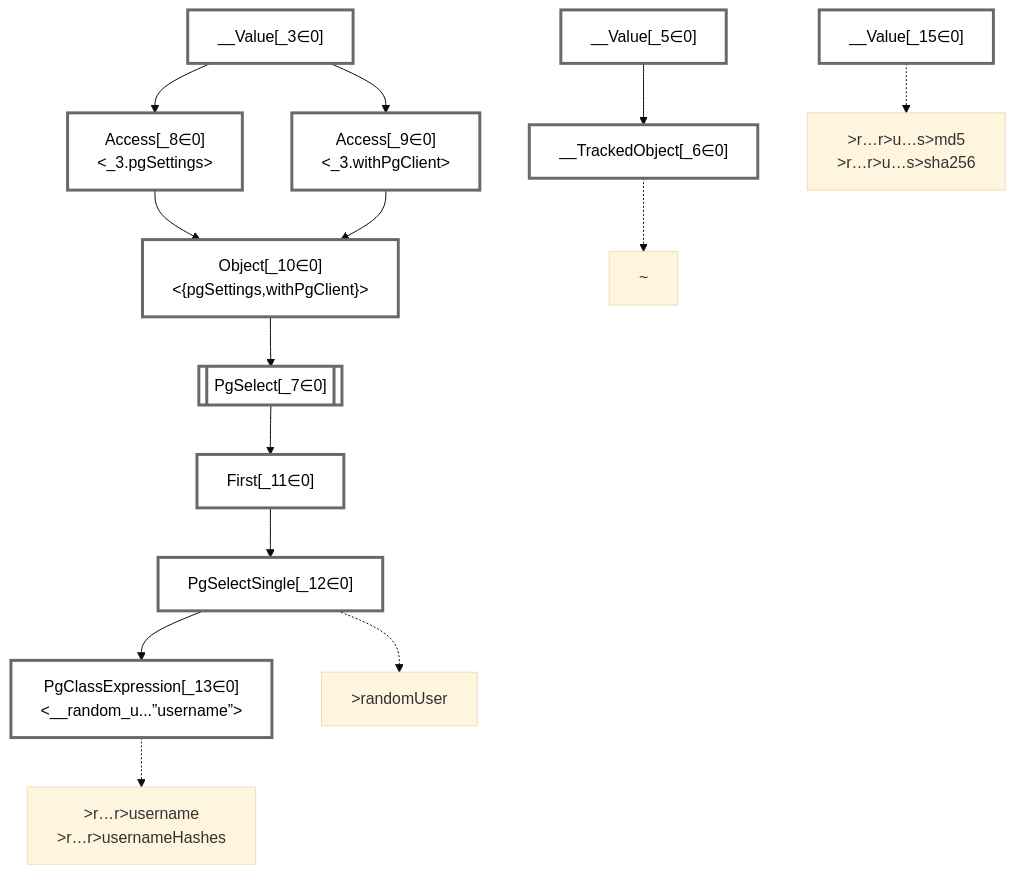
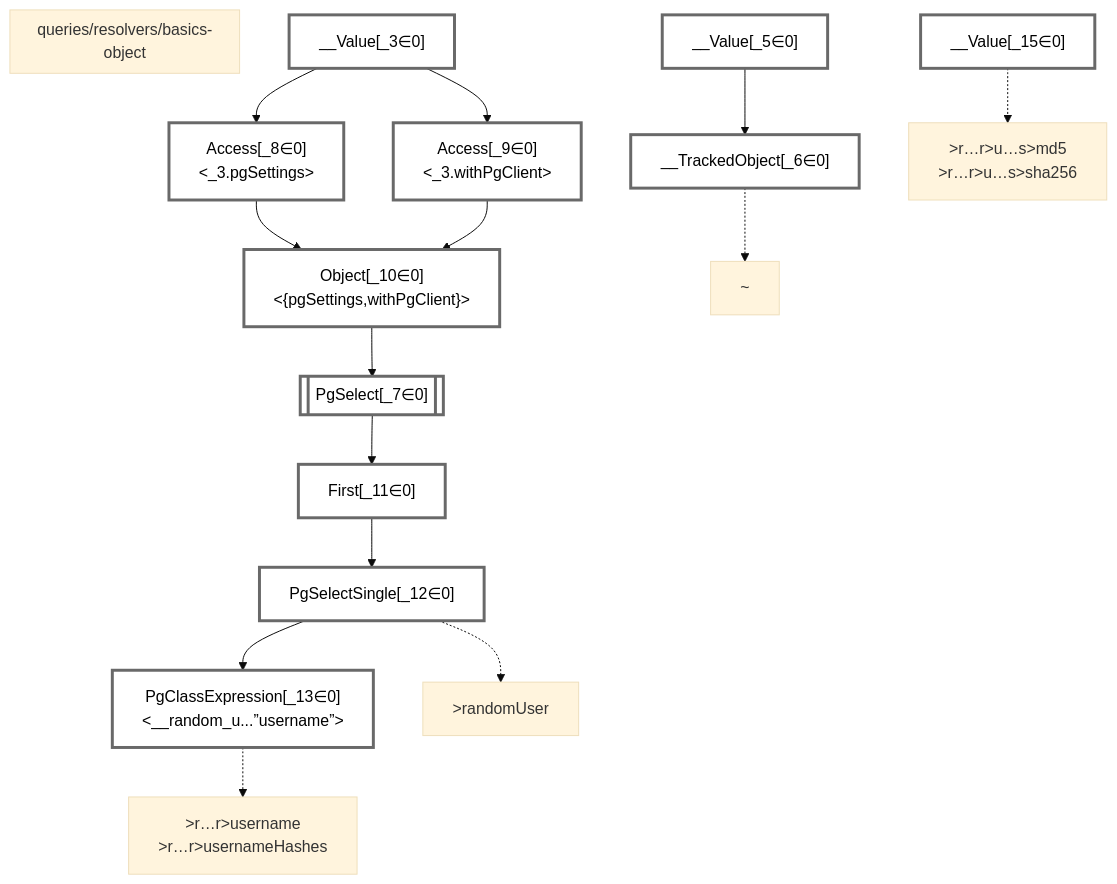
Before and after one commit to graphile/crystal: the diagram in packages/dataplan-pg/__tests__/queries/resolvers/basics-object.deopt.mermaid.md, drawn with Mermaid (base theme). The commit also changed 195 other files, not shown here.

````diff
--- a/packages/dataplan-pg/__tests__/queries/resolvers/basics-object.deopt.mermaid.md
+++ b/packages/dataplan-pg/__tests__/queries/resolvers/basics-object.deopt.mermaid.md
@@ -1,47 +1,49 @@
 ```mermaid
 graph TD
+    subgraph "queries/resolvers/basics-object"
+    end
     classDef path fill:#eee,stroke:#000,color:#000
     classDef plan fill:#fff,stroke-width:3px,color:#000
     classDef itemplan fill:#fff,stroke-width:6px,color:#000
     classDef sideeffectplan fill:#f00,stroke-width:6px,color:#000
     classDef bucket fill:#f6f6f6,color:#000,stroke-width:6px,text-align:left
 
 
     %% define plans
     __Value_3["__Value[_3∈0]<br /><context>"]:::plan
     __Value_5["__Value[_5∈0]<br /><rootValue>"]:::plan
     __TrackedObject_6["__TrackedObject[_6∈0]"]:::plan
     PgSelect_7[["PgSelect[_7∈0]<br /><random_user>"]]:::plan
     Access_8["Access[_8∈0]<br /><_3.pgSettings>"]:::plan
     Access_9["Access[_9∈0]<br /><_3.withPgClient>"]:::plan
     Object_10["Object[_10∈0]<br /><{pgSettings,withPgClient}>"]:::plan
     First_11["First[_11∈0]"]:::plan
     PgSelectSingle_12["PgSelectSingle[_12∈0]<br /><users>"]:::plan
     PgClassExpression_13["PgClassExpression[_13∈0]<br /><__random_u...”username”>"]:::plan
     __Value_15["__Value[_15∈0]"]:::plan
 
     %% plan dependencies
     __Value_5 --> __TrackedObject_6
     Object_10 --> PgSelect_7
     __Value_3 --> Access_8
     __Value_3 --> Access_9
     Access_8 --> Object_10
     Access_9 --> Object_10
     PgSelect_7 --> First_11
     First_11 --> PgSelectSingle_12
     PgSelectSingle_12 --> PgClassExpression_13
 
     %% plan-to-path relationships
     P_6["~"]
     __TrackedObject_6 -.-> P_6
     P_12[">randomUser"]
     PgSelectSingle_12 -.-> P_12
     P_13[">r…r>username<br />>r…r>usernameHashes"]
     PgClassExpression_13 -.-> P_13
     P_15[">r…r>u…s>md5<br />>r…r>u…s>sha256"]
     __Value_15 -.-> P_15
 
     %% allocate buckets
     classDef bucket0 stroke:#696969
     class __Value_3,__Value_5,__TrackedObject_6,PgSelect_7,Access_8,Access_9,Object_10,First_11,PgSelectSingle_12,PgClassExpression_13,__Value_15 bucket0
 ```
````
